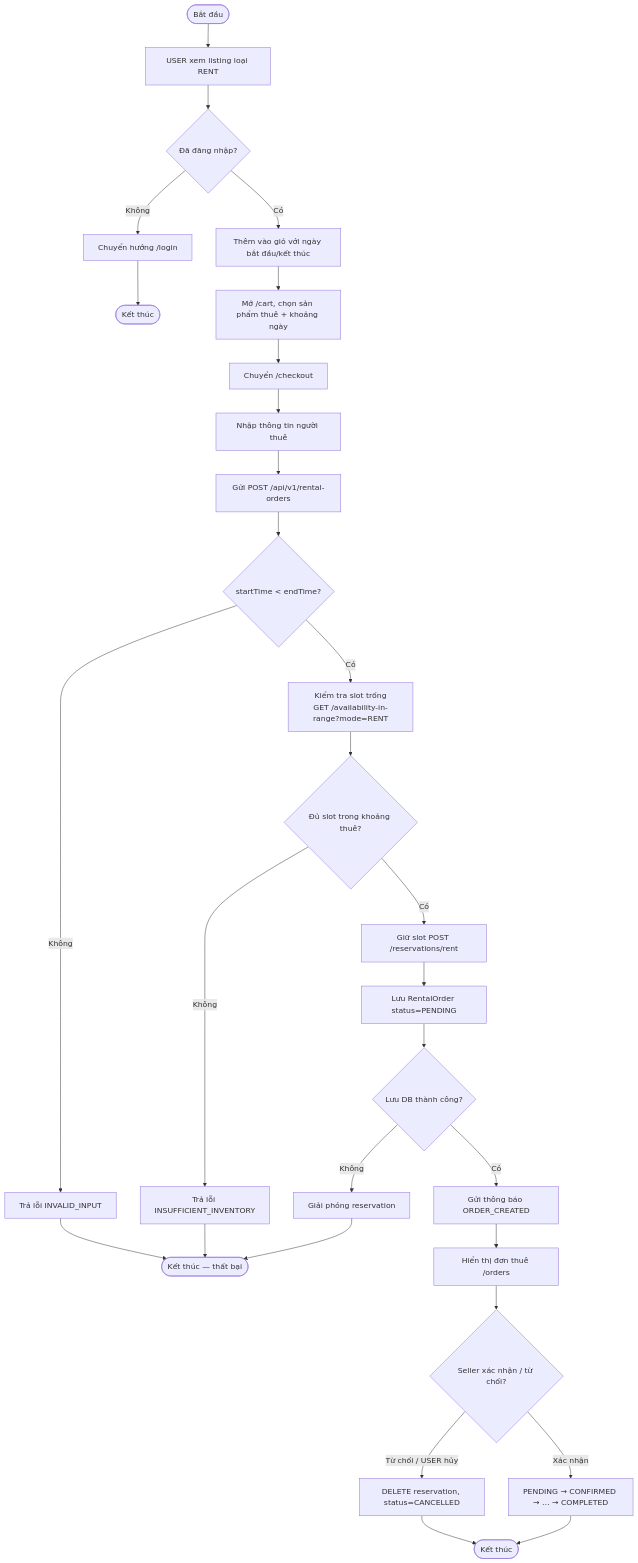
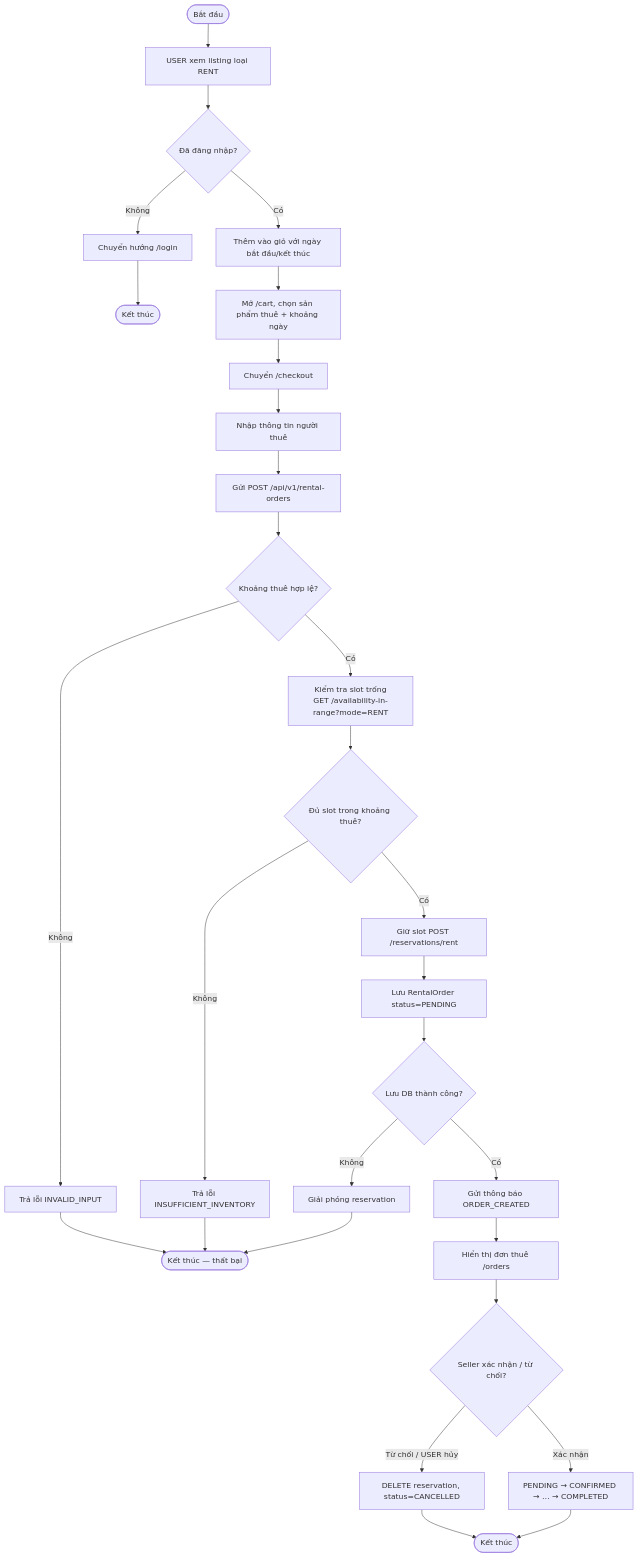
The third of 9 diagrams in documents/activity-diagrams.md (Naodab/Second_Life), drawn with Mermaid before and after one commit. The commit also changed other lines of this file and 3 other files, not shown here.

````diff
--- a/documents/activity-diagrams.md
+++ b/documents/activity-diagrams.md
@@ -84,31 +87,31 @@
 ```mermaid
 flowchart TD
   Start([Bắt đầu]) --> A[USER xem listing loại RENT]
   A --> B{Đã đăng nhập?}
   B -->|Không| C[Chuyển hướng /login]
   C --> End1([Kết thúc])
   B -->|Có| D[Thêm vào giỏ với ngày bắt đầu/kết thúc]
   D --> E[Mở /cart, chọn sản phẩm thuê + khoảng ngày]
   E --> F[Chuyển /checkout]
   F --> G[Nhập thông tin người thuê]
   G --> H[Gửi POST /api/v1/rental-orders]
-  H --> I{startTime < endTime?}
+  H --> I{Khoảng thuê hợp lệ?}
   I -->|Không| J[Trả lỗi INVALID_INPUT]
   J --> End2([Kết thúc — thất bại])
   I -->|Có| K[Kiểm tra slot trống<br/>GET /availability-in-range?mode=RENT]
   K --> L{Đủ slot trong khoảng thuê?}
   L -->|Không| M[Trả lỗi INSUFFICIENT_INVENTORY]
   M --> End2
   L -->|Có| N[Giữ slot POST /reservations/rent]
   N --> O[Lưu RentalOrder status=PENDING]
   O --> P{Lưu DB thành công?}
   P -->|Không| Q[Giải phóng reservation]
   Q --> End2
   P -->|Có| R[Gửi thông báo ORDER_CREATED]
   R --> S[Hiển thị đơn thuê /orders]
   S --> T{Seller xác nhận / từ chối?}
   T -->|Từ chối / USER hủy| U[DELETE reservation, status=CANCELLED]
   T -->|Xác nhận| V[PENDING → CONFIRMED → … → COMPLETED]
   U --> End3([Kết thúc])
   V --> End3
 ```
````
